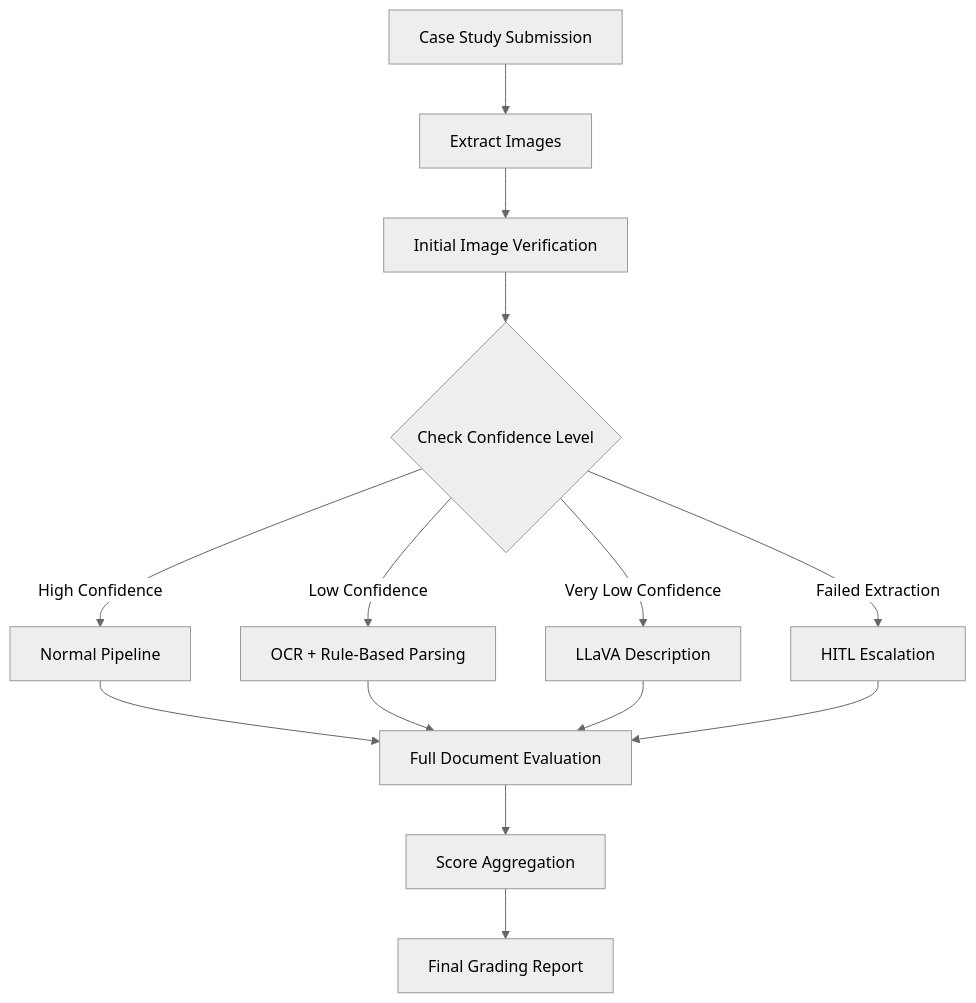
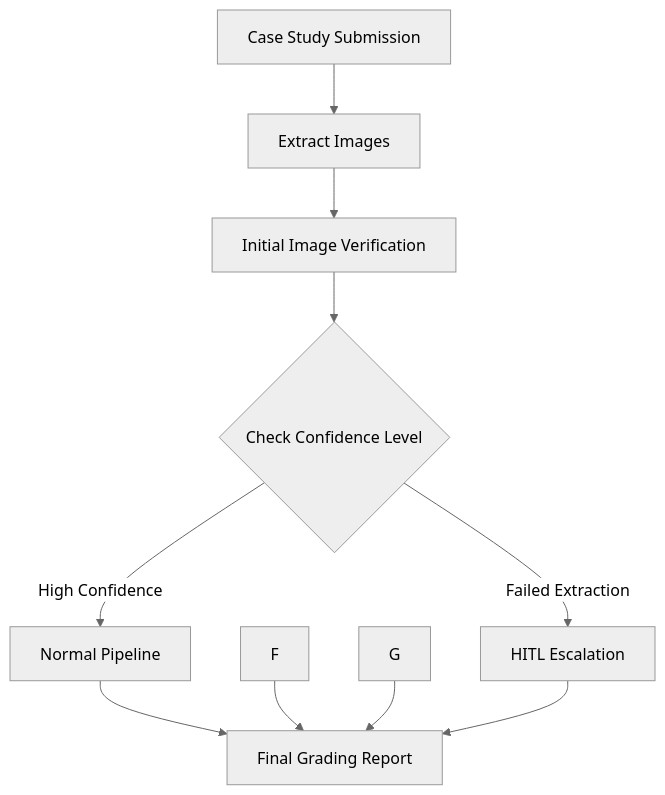
The second of 5 diagrams in design/LLM-designs/LLM-design-grading-case-study/design-grading-case-study-level1.md (saugatach/LLM-grader), drawn with Mermaid (neutral theme) before and after one commit.

````diff
--- a/design/LLM-designs/LLM-design-grading-case-study/design-grading-case-study-level1.md
+++ b/design/LLM-designs/LLM-design-grading-case-study/design-grading-case-study-level1.md
@@ -92,19 +92,14 @@
 ```mermaid
 flowchart TD
     A[Case Study Submission] --> B[Extract Images]
     B --> C[Initial Image Verification]
     C --> D{Check Confidence Level}
     
     D -->|High Confidence| E[Normal Pipeline]
-    D -->|Low Confidence| F[OCR + Rule-Based Parsing]
-    D -->|Very Low Confidence| G[LLaVA Description]
     D -->|Failed Extraction| H[HITL Escalation]
     
-    E --> I[Full Document Evaluation]
+    E --> I[Final Grading Report]
     F --> I
     G --> I
     H --> I
-    
-    I --> J[Score Aggregation]
-    J --> K[Final Grading Report]
 ```
````
